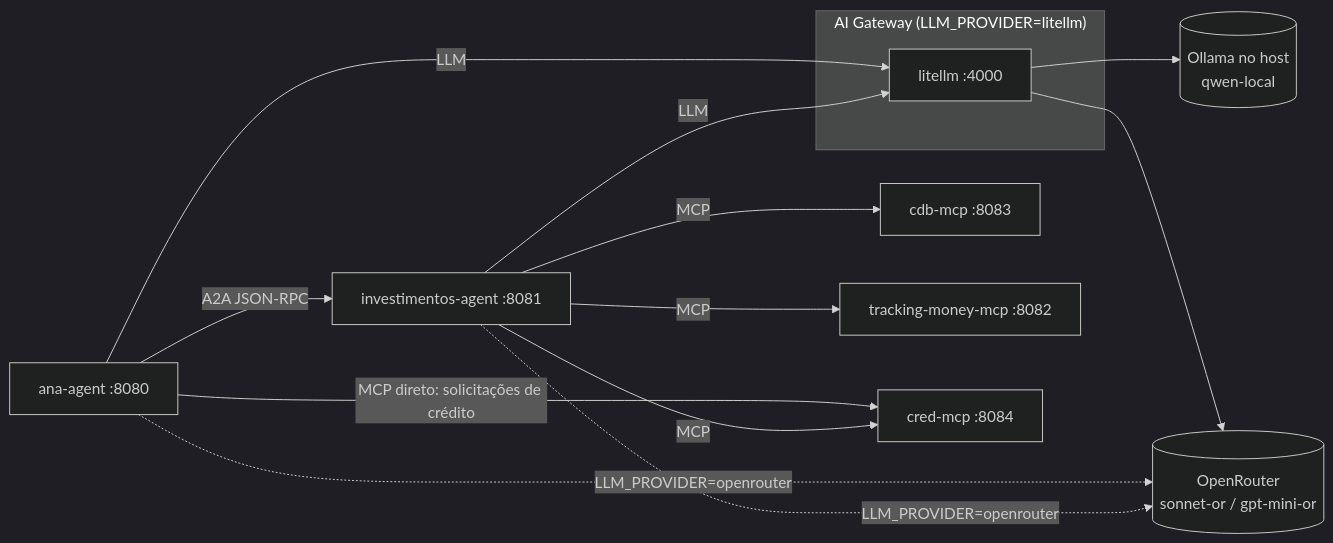
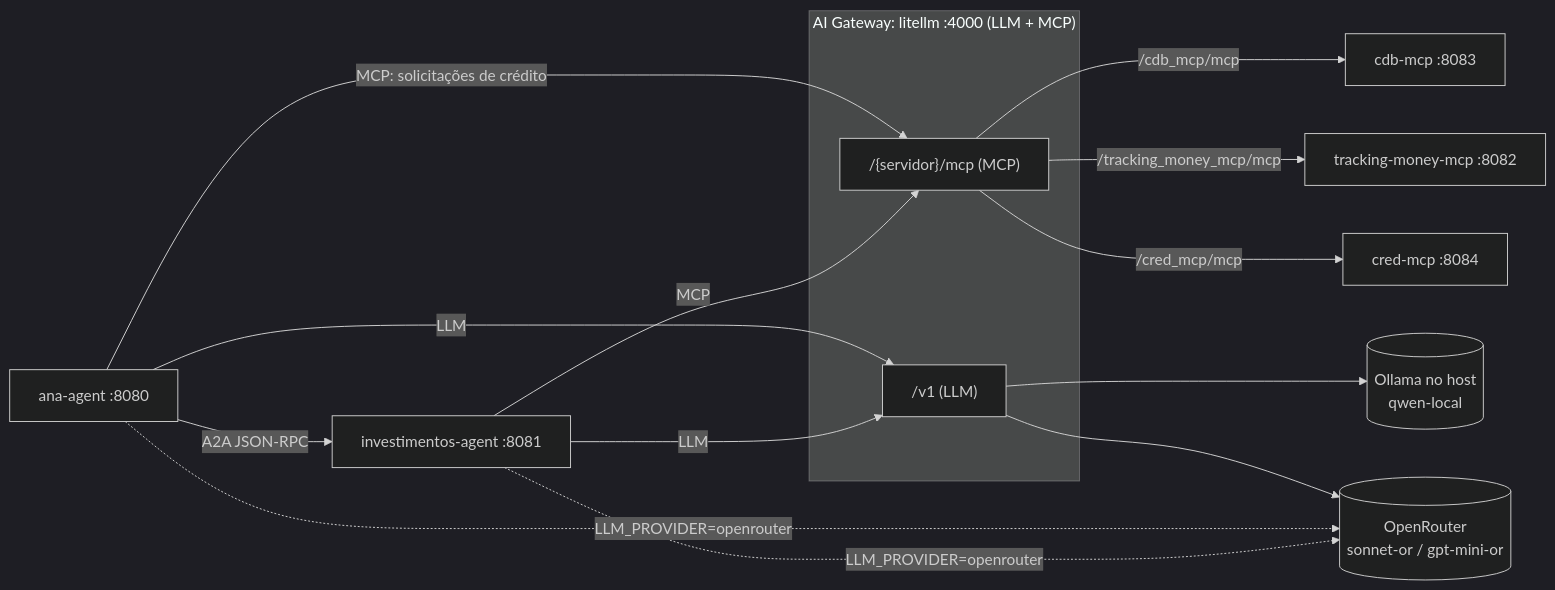
The first of 2 diagrams in agent-to-agent/README.md (diegolirio/ai-demos), drawn with Mermaid (dark theme) before and after one commit. The commit also changed other lines of this file and 2 other files, not shown here.

Commit message:
docs(ai-gateway): MCP gateway no LiteLLM, diagramas do README e guia

````diff
--- a/agent-to-agent/README.md
+++ b/agent-to-agent/README.md
@@ -17,27 +22,30 @@
 ```mermaid
 graph LR
       Ana[ana-agent :8080]
       Invest[investimentos-agent :8081]
       CDB[cdb-mcp :8083]
       TM[tracking-money-mcp :8082]
       CRED[cred-mcp :8084]
-
-      subgraph GW["AI Gateway (LLM_PROVIDER=litellm)"]
-            LiteLLM[litellm :4000]
-      end
       Ollama[(Ollama no host<br/>qwen-local)]
       OR[(OpenRouter<br/>sonnet-or / gpt-mini-or)]
 
+      subgraph GW["AI Gateway: litellm :4000 (LLM + MCP)"]
+            LLMGW["/v1 (LLM)"]
+            MCPGW["/{servidor}/mcp (MCP)"]
+      end
+
       Ana -->|A2A JSON-RPC| Invest
-      Ana -->|MCP direto: solicitações de crédito| CRED
-      Invest -->|MCP| CDB
-      Invest -->|MCP| TM
-      Invest -->|MCP| CRED
 
-      Ana -->|LLM| LiteLLM
-      Invest -->|LLM| LiteLLM
-      LiteLLM --> Ollama
-      LiteLLM --> OR
+      Ana -->|MCP: solicitações de crédito| MCPGW
+      Invest -->|MCP| MCPGW
+      MCPGW -->|/cdb_mcp/mcp| CDB
+      MCPGW -->|/tracking_money_mcp/mcp| TM
+      MCPGW -->|/cred_mcp/mcp| CRED
+
+      Ana -->|LLM| LLMGW
+      Invest -->|LLM| LLMGW
+      LLMGW --> Ollama
+      LLMGW --> OR
       Ana -.->|LLM_PROVIDER=openrouter| OR
       Invest -.->|LLM_PROVIDER=openrouter| OR
 ```
````
